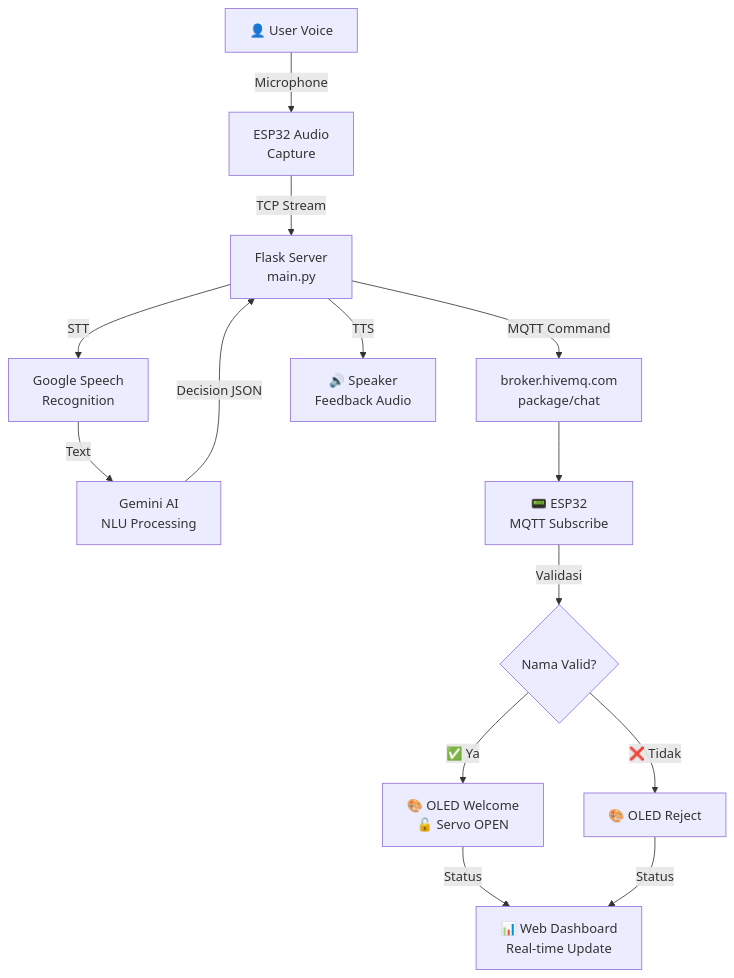
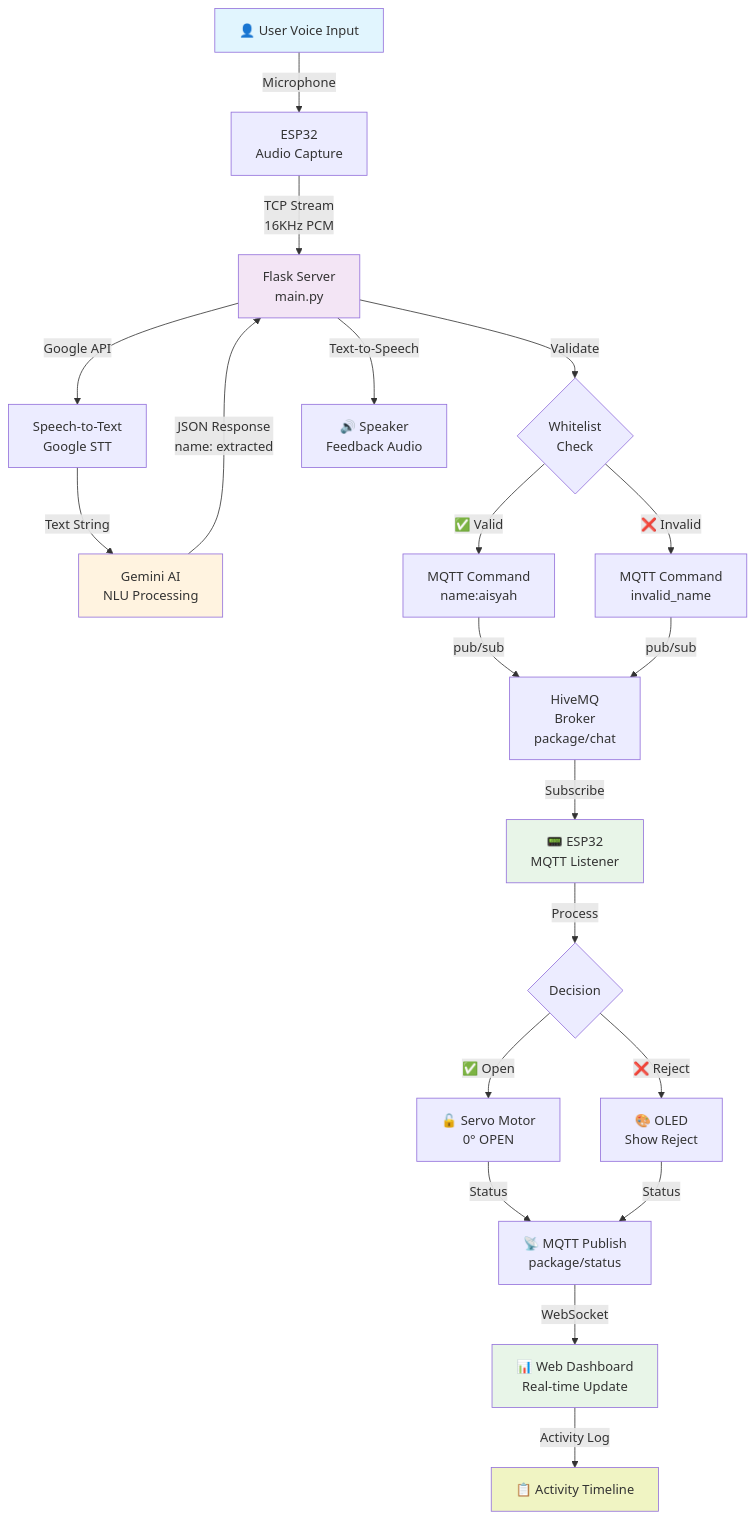
The first of 5 diagrams in README.md (ficrammanifur/SmartPackageBox), drawn with Mermaid before and after one commit. The commit also changed other lines of this file, not shown here.

````diff
--- a/README.md
+++ b/README.md
@@ -44,16 +240,37 @@
 ```mermaid
 graph TD
-    A[👤 User Voice] -->|Microphone| B[ESP32 Audio<br/>Capture]
-    B -->|TCP Stream| C[Flask Server<br/>main.py]
-    C -->|STT| D[Google Speech<br/>Recognition]
-    D -->|Text| E[Gemini AI<br/>NLU Processing]
-    E -->|Decision JSON| C
-    C -->|MQTT Command| F[broker.hivemq.com<br/>package/chat]
-    F --> G[📟 ESP32<br/>MQTT Subscribe]
-    G -->|Validasi| H{Nama Valid?}
-    H -->|✅ Ya| I[🎨 OLED Welcome<br/>🔓 Servo OPEN]
-    H -->|❌ Tidak| J[🎨 OLED Reject]
-    I -->|Status| K[📊 Web Dashboard<br/>Real-time Update]
-    J -->|Status| K
-    C -->|TTS| L[🔊 Speaker<br/>Feedback Audio]
+    A["👤 User Voice Input"] -->|Microphone| B["ESP32<br/>Audio Capture"]
+    B -->|TCP Stream<br/>16KHz PCM| C["Flask Server<br/>main.py"]
+    
+    C -->|Google API| D["Speech-to-Text<br/>Google STT"]
+    D -->|Text String| E["Gemini AI<br/>NLU Processing"]
+    E -->|JSON Response<br/>name: extracted| C
+    
+    C -->|Validate| F{"Whitelist<br/>Check"}
+    F -->|✅ Valid| G["MQTT Command<br/>name:aisyah"]
+    F -->|❌ Invalid| H["MQTT Command<br/>invalid_name"]
+    
+    G -->|pub/sub| I["HiveMQ<br/>Broker<br/>package/chat"]
+    H -->|pub/sub| I
+    
+    I -->|Subscribe| J["📟 ESP32<br/>MQTT Listener"]
+    J -->|Process| K{Decision}
+    K -->|✅ Open| L["🔓 Servo Motor<br/>0° OPEN"]
+    K -->|❌ Reject| M["🎨 OLED<br/>Show Reject"]
+    
+    L -->|Status| N["📡 MQTT Publish<br/>package/status"]
+    M -->|Status| N
+    
+    N -->|WebSocket| O["📊 Web Dashboard<br/>Real-time Update"]
+    
+    C -->|Text-to-Speech| P["🔊 Speaker<br/>Feedback Audio"]
+    
+    O -->|Activity Log| Q["📋 Activity Timeline"]
+    
+    style A fill:#e1f5fe
+    style C fill:#f3e5f5
+    style E fill:#fff3e0
+    style J fill:#e8f5e8
+    style O fill:#e8f5e8
+    style Q fill:#f0f4c3
 ```
````
